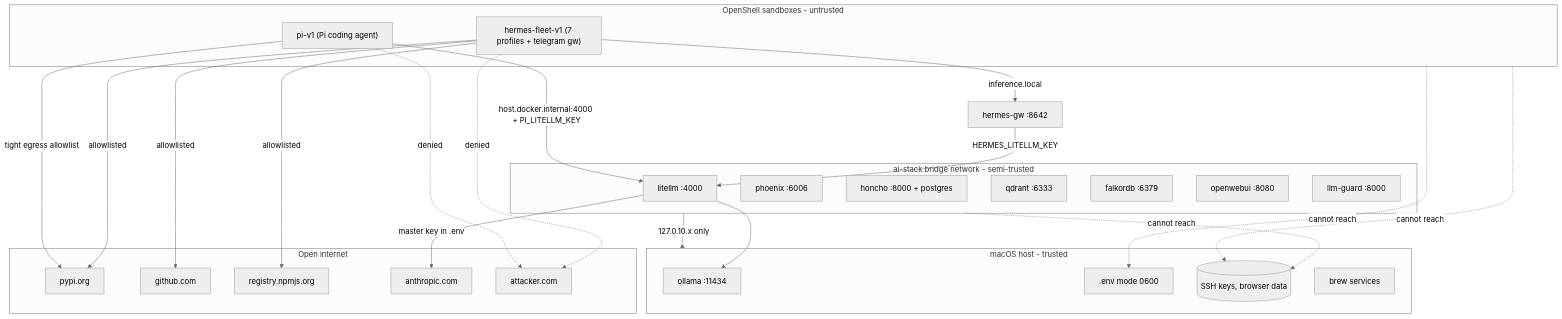
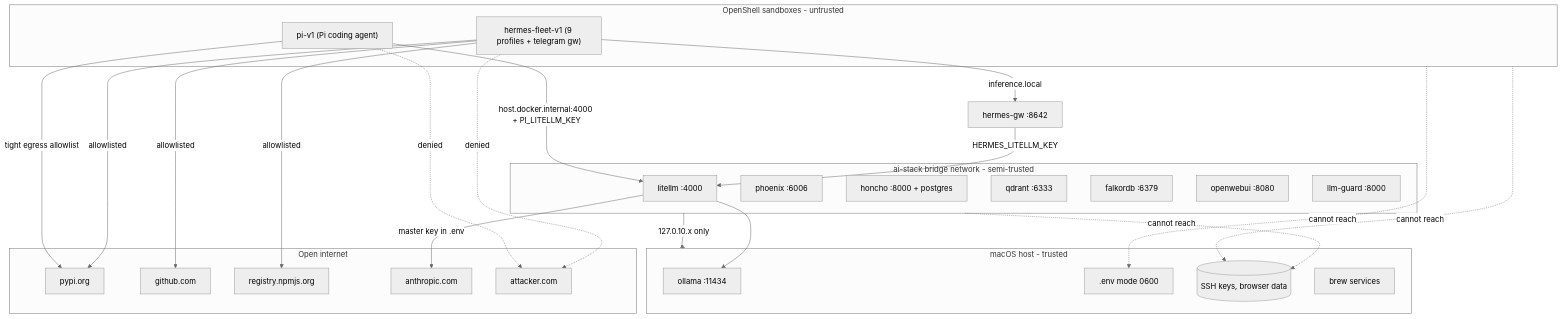
Diagram 17 of 21 in doc/DIAGRAMS.md (mayssamj/versatile-ai-stack), drawn with Mermaid (neutral theme) before and after one commit. The commit also changed other lines of this file and 17 other files, not shown here.

````diff
--- a/doc/DIAGRAMS.md
+++ b/doc/DIAGRAMS.md
@@ -688,51 +693,51 @@
 ```mermaid
 flowchart TB
   subgraph Internet[Open internet]
     PyPI[pypi.org]
     GH[github.com]
     NPM[registry.npmjs.org]
     Claude[anthropic.com]
     Bad[attacker.com]
   end
 
   subgraph Host[macOS host - trusted]
     OL[ollama :11434]
     Env[.env mode 0600]
     Keys[(SSH keys, browser data)]
     Brew[brew services]
   end
 
   subgraph Containers[ai-stack bridge network - semi-trusted]
     LL[litellm :4000]
     PX[phoenix :6006]
     HO[honcho :8000 + postgres]
     QD[qdrant :6333]
     FK[falkordb :6379]
     OWU[openwebui :8080]
     LG[llm-guard :8000]
   end
 
   subgraph Sandbox[OpenShell sandboxes - untrusted]
-    HF["hermes-fleet-v1 (7 profiles + telegram gw)"]
+    HF["hermes-fleet-v1 (9 profiles + telegram gw)"]
     PI["pi-v1 (Pi coding agent)"]
   end
 
   HF -- inference.local --> SBProxy[hermes-gw :8642]
   SBProxy -- HERMES_LITELLM_KEY --> LL
   PI -- "host.docker.internal:4000 + PI_LITELLM_KEY" --> LL
 
   HF -- allowlisted --> PyPI
   HF -- allowlisted --> GH
   HF -- allowlisted --> NPM
   HF -.denied.-> Bad
   PI -- "tight egress allowlist" --> PyPI
   PI -.denied.-> Bad
 
   LL -- master key in .env --> Claude
   LL --> OL
 
   Containers -- 127.0.10.x only --> Host
   Containers -.cannot reach.-> Keys
   Sandbox -.cannot reach.-> Keys
   Sandbox -.cannot reach.-> Env
 ```
````
